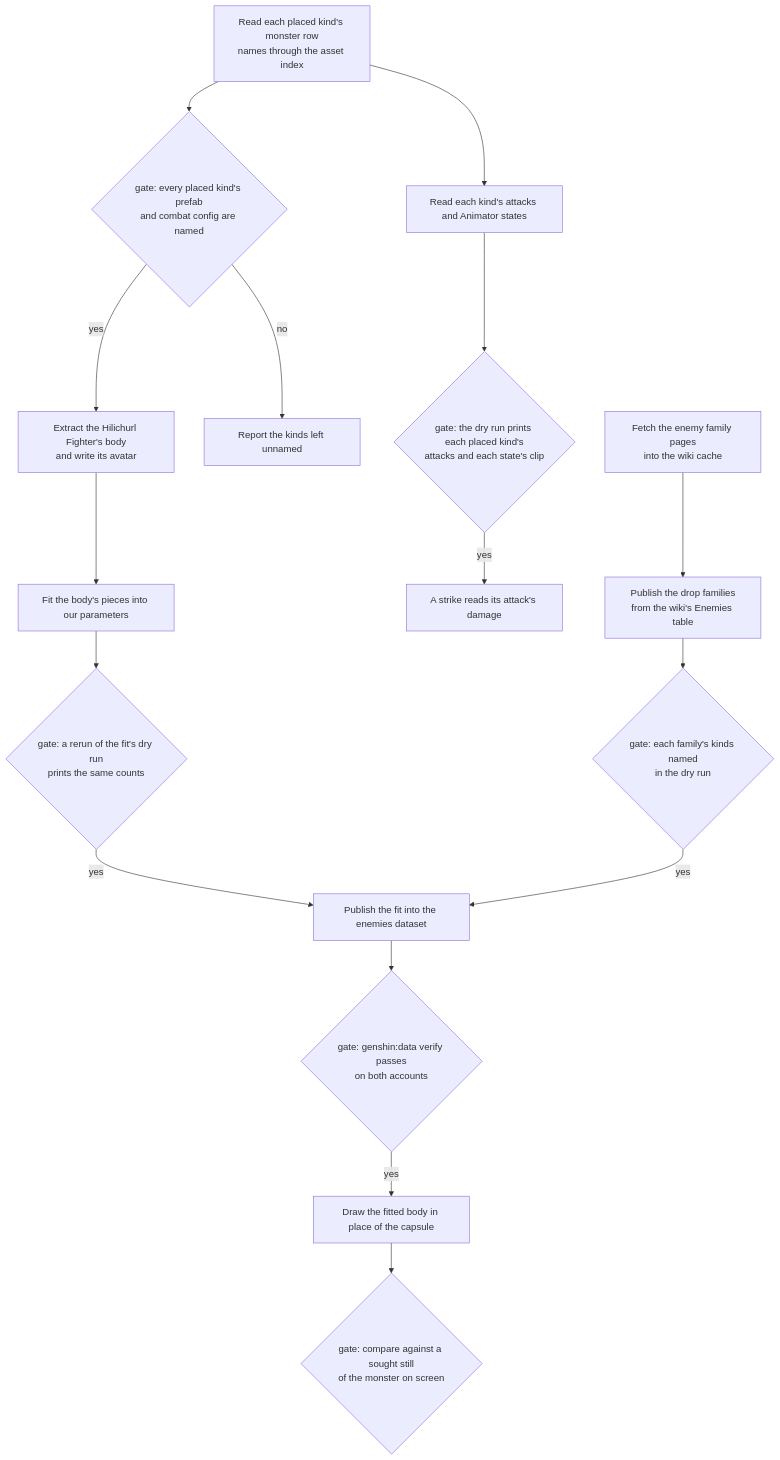
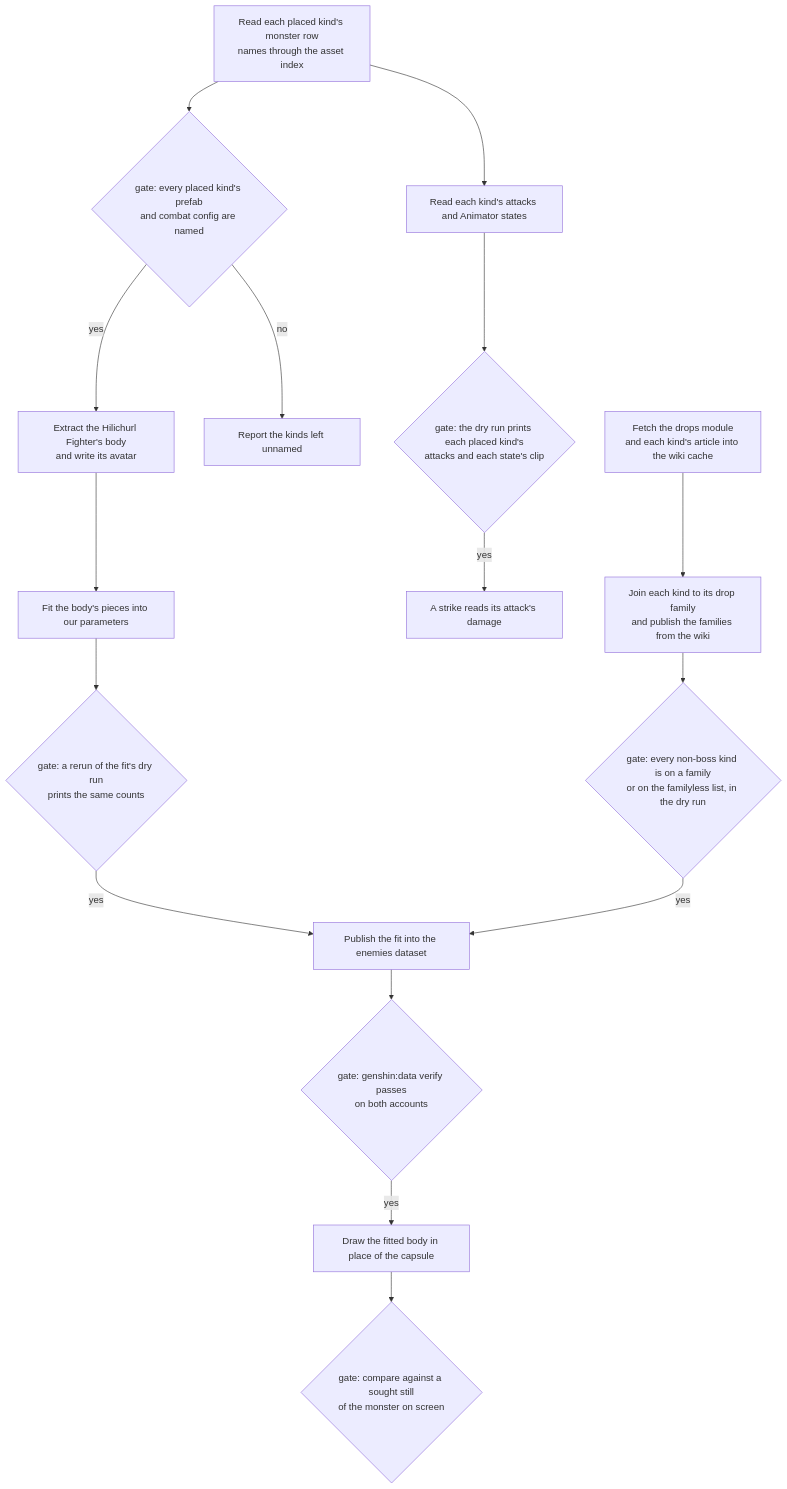
One commit to Esposter/Esposter changed the diagram in openspec/changes/genshin-assets-enemies/design.md. Above: the diagram before and after it, drawn with Mermaid. The commit also changed other lines of this file and 48 other files, not shown here.

First line of the commit message:
feat(genshin-assets): enemy kinds join their drop family from each kind's own wiki article, and the families publish as hosted data

````diff
--- a/openspec/changes/genshin-assets-enemies/design.md
+++ b/openspec/changes/genshin-assets-enemies/design.md
@@ -9,18 +9,18 @@
 ```mermaid
 flowchart TD
   ROWS["Read each placed kind's monster row<br/>names through the asset index"] --> NAMED{"gate: every placed kind's prefab<br/>and combat config are named"}
   NAMED -->|"yes"| BODY["Extract the Hilichurl Fighter's body<br/>and write its avatar"]
   NAMED -->|"no"| REPORT["Report the kinds left unnamed"]
   BODY --> FIT["Fit the body's pieces into our parameters"]
   FIT --> FITGATE{"gate: a rerun of the fit's dry run<br/>prints the same counts"}
   FITGATE -->|"yes"| PUB["Publish the fit into the enemies dataset"]
   PUB --> VERIFY{"gate: genshin:data verify passes<br/>on both accounts"}
   VERIFY -->|"yes"| DRAW["Draw the fitted body in place of the capsule"]
   DRAW --> CHECK{"gate: compare against a sought still<br/>of the monster on screen"}
   ROWS --> ATT["Read each kind's attacks and Animator states"]
   ATT --> ATTGATE{"gate: the dry run prints each placed kind's<br/>attacks and each state's clip"}
   ATTGATE -->|"yes"| STRIKE["A strike reads its attack's damage"]
-  WIKI["Fetch the enemy family pages<br/>into the wiki cache"] --> DROPS["Publish the drop families<br/>from the wiki's Enemies table"]
-  DROPS --> DROPGATE{"gate: each family's kinds named<br/>in the dry run"}
+  WIKI["Fetch the drops module<br/>and each kind's article into the wiki cache"] --> DROPS["Join each kind to its drop family<br/>and publish the families from the wiki"]
+  DROPS --> DROPGATE{"gate: every non-boss kind is on a family<br/>or on the familyless list, in the dry run"}
   DROPGATE -->|"yes"| PUB
 ```
````
